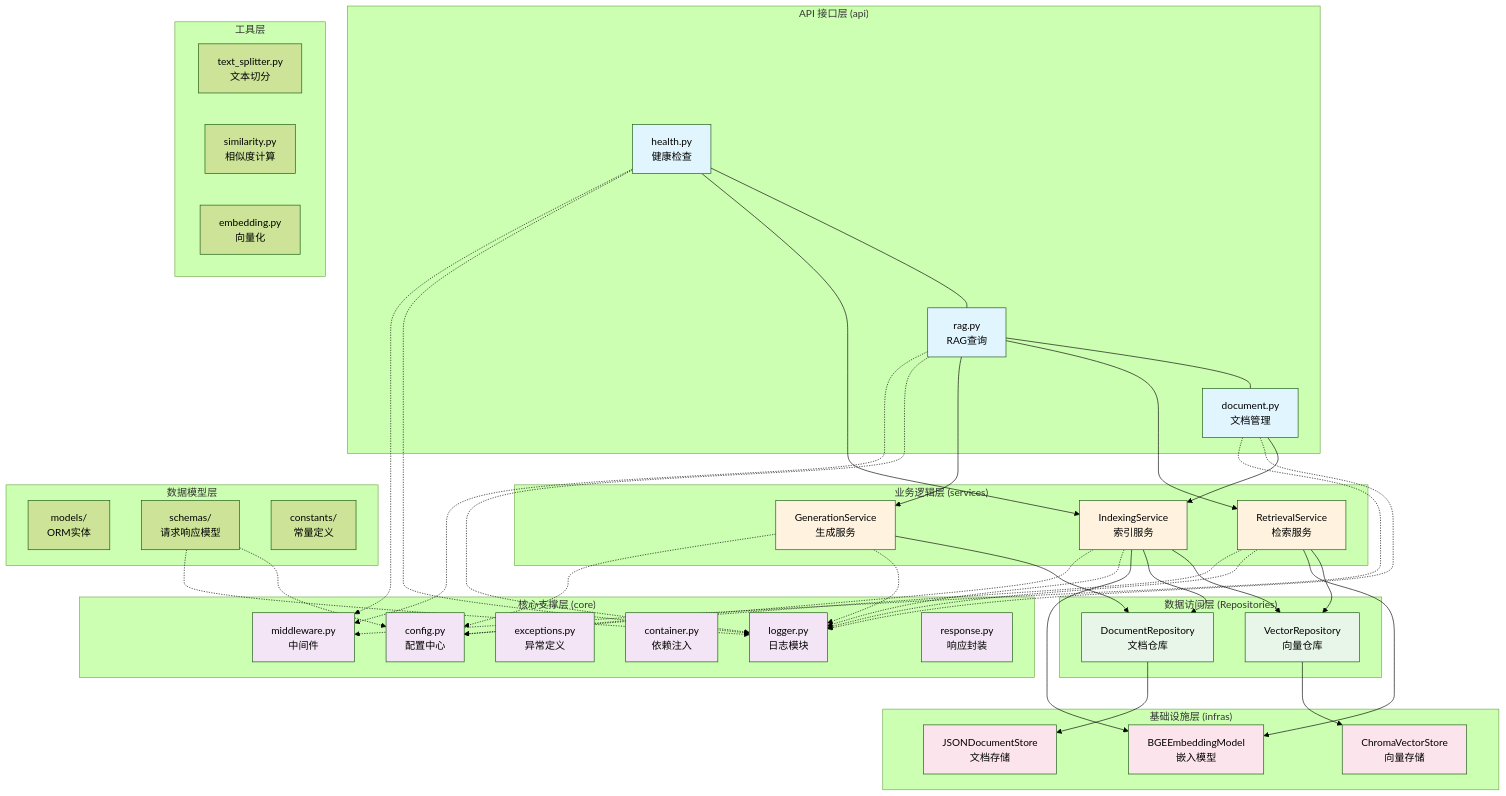
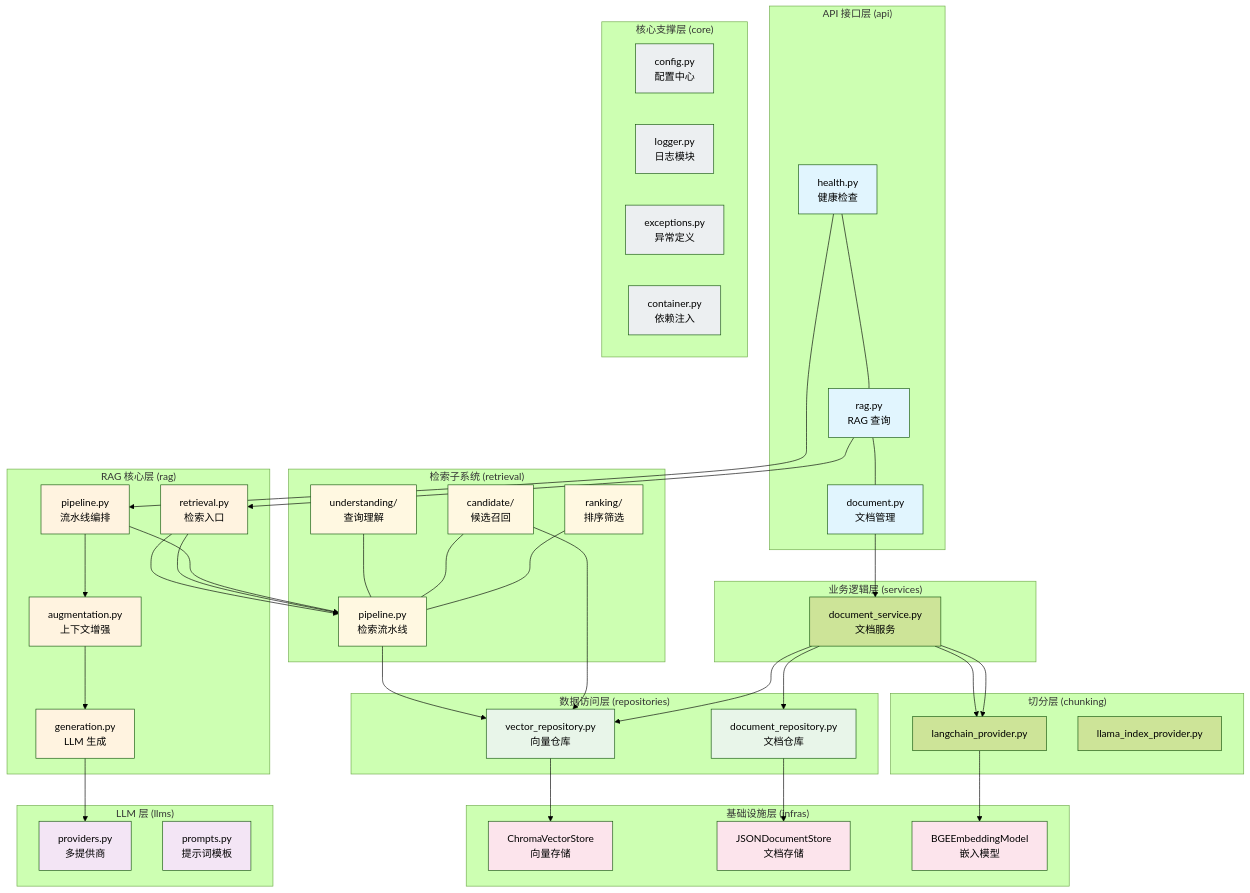
Before and after one commit to chain-engine/x-rag: the first of 3 diagrams in README.md, drawn with Mermaid (forest theme). The commit also changed other lines of this file and 63 other files, not shown here.

````diff
--- a/README.md
+++ b/README.md
@@ -102,20 +169,35 @@
 graph TB
     subgraph "API 接口层 (api)"
         A1["health.py<br/>健康检查"]
-        A2["rag.py<br/>RAG查询"]
+        A2["rag.py<br/>RAG 查询"]
         A3["document.py<br/>文档管理"]
         A1 --- A2 --- A3
     end
 
-    subgraph "业务逻辑层 (services)"
-        S1["IndexingService<br/>索引服务"]
-        S2["RetrievalService<br/>检索服务"]
-        S3["GenerationService<br/>生成服务"]
+    subgraph "RAG 核心层 (rag)"
+        RAG1["pipeline.py<br/>流水线编排"]
+        RAG2["retrieval.py<br/>检索入口"]
+        RAG3["augmentation.py<br/>上下文增强"]
+        RAG4["generation.py<br/>LLM 生成"]
     end
 
-    subgraph "数据访问层 (Repositories)"
-        R1["VectorRepository<br/>向量仓库"]
-        R2["DocumentRepository<br/>文档仓库"]
+    subgraph "检索子系统 (retrieval)"
+        RET1["pipeline.py<br/>检索流水线"]
+        RET2["understanding/<br/>查询理解"]
+        RET3["candidate/<br/>候选召回"]
+        RET4["ranking/<br/>排序筛选"]
+        RET2 --- RET1
+        RET3 --- RET1
+        RET4 --- RET1
+    end
+
+    subgraph "业务逻辑层 (services)"
+        SVC1["document_service.py<br/>文档服务"]
+    end
+
+    subgraph "数据访问层 (repositories)"
+        REP1["vector_repository.py<br/>向量仓库"]
+        REP2["document_repository.py<br/>文档仓库"]
     end
 
     subgraph "基础设施层 (infras)"
@@ -124,75 +206,65 @@
         I3["BGEEmbeddingModel<br/>嵌入模型"]
     end
 
+    subgraph "LLM 层 (llms)"
+        LLM1["providers.py<br/>多提供商"]
+        LLM2["prompts.py<br/>提示词模板"]
+    end
+
+    subgraph "切分层 (chunking)"
+        CHK1["langchain_provider.py"]
+        CHK2["llama_index_provider.py"]
+    end
+
     subgraph "核心支撑层 (core)"
         C1["config.py<br/>配置中心"]
         C2["logger.py<br/>日志模块"]
         C3["exceptions.py<br/>异常定义"]
         C4["container.py<br/>依赖注入"]
-        C5["middleware.py<br/>中间件"]
-        C6["response.py<br/>响应封装"]
     end
 
-    subgraph "数据模型层"
-        M1["models/<br/>ORM实体"]
-        SCH1["schemas/<br/>请求响应模型"]
-        CST1["constants/<br/>常量定义"]
-    end
+    A1 --> RAG1
+    A2 --> RAG2
+    A3 --> SVC1
 
-    subgraph "工具层"
-        U1["text_splitter.py<br/>文本切分"]
-        U2["similarity.py<br/>相似度计算"]
-        U3["embedding.py<br/>向量化"]
-    end
+    RAG2 --> RET1
+    RAG2 --> RET1
+    RAG1 --> RET1
+    RAG1 --> RAG3
+    RAG3 --> RAG4
+    RAG4 --> LLM1
 
-    A1 --> S1
-    A2 --> S2
-    A2 --> S3
-    A3 --> S1
+    RET1 --> REP1
+    RET3 --> REP1
+    SVC1 --> REP1
+    SVC1 --> REP2
+    SVC1 --> CHK1
+    SVC1 --> CHK1
+    CHK1 --> I3
 
-    S1 --> R1
-    S1 --> R2
-    S2 --> R1
-    S3 --> R2
-
-    R1 --> I1
-    R2 --> I2
-    S1 --> I3
-    S2 --> I3
-
-    A1 -.-> C2
-    A2 -.-> C2
-    A3 -.-> C2
-    S1 -.-> C2
-    S2 -.-> C2
-    S3 -.-> C2
-
-    S1 -.-> C1
-    S2 -.-> C1
-    S3 -.-> C1
-
-    A1 -.-> C5
-    A2 -.-> C5
-    A3 -.-> C5
-
-    SCH1 -.-> C1
-    SCH1 -.-> C2
+    REP1 --> I1
+    REP2 --> I2
 
     style A1 fill:#e1f5fe
     style A2 fill:#e1f5fe
     style A3 fill:#e1f5fe
-    style S1 fill:#fff3e0
-    style S2 fill:#fff3e0
-    style S3 fill:#fff3e0
-    style R1 fill:#e8f5e9
-    style R2 fill:#e8f5e9
+    style RAG1 fill:#fff3e0
+    style RAG2 fill:#fff3e0
+    style RAG3 fill:#fff3e0
+    style RAG4 fill:#fff3e0
+    style RET1 fill:#fff8e1
+    style RET2 fill:#fff8e1
+    style RET3 fill:#fff8e1
+    style RET4 fill:#fff8e1
+    style REP1 fill:#e8f5e9
+    style REP2 fill:#e8f5e9
     style I1 fill:#fce4ec
     style I2 fill:#fce4ec
     style I3 fill:#fce4ec
-    style C1 fill:#f3e5f5
-    style C2 fill:#f3e5f5
-    style C3 fill:#f3e5f5
-    style C4 fill:#f3e5f5
-    style C5 fill:#f3e5f5
-    style C6 fill:#f3e5f5
+    style LLM1 fill:#f3e5f5
+    style LLM2 fill:#f3e5f5
+    style C1 fill:#eceff1
+    style C2 fill:#eceff1
+    style C3 fill:#eceff1
+    style C4 fill:#eceff1
 ```
````
